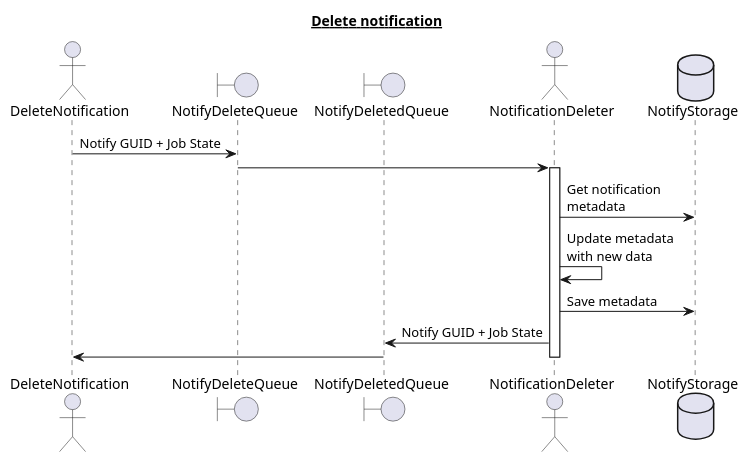
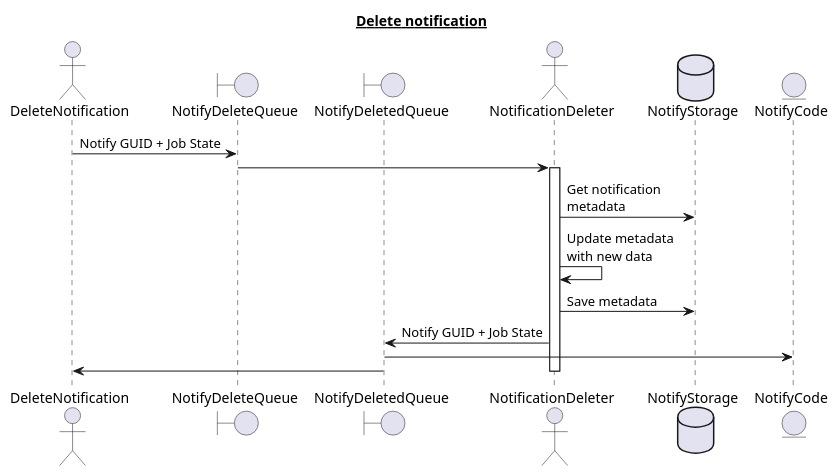
One commit to mvniekerk/tokio-cron-scheduler changed the fourth of 5 diagrams in design.adoc. Above: the diagram before and after it, drawn with PlantUML. The commit also changed other lines of this file and 5 other files, not shown here.

```diff
--- a/design.adoc
+++ b/design.adoc
@@ -189,21 +190,23 @@
 [plantuml, delete_notification_puml, svg]
 ....
 title __Delete notification__
 
 actor       DeleteNotification as deleter
 boundary    NotifyDeleteQueue as notify
 boundary    NotifyDeletedQueue as notified
 actor       NotificationDeleter as delete
 database    NotifyStorage as storage
+entity      NotifyCode as notifyCode
 
 deleter -> notify   : Notify GUID + Job State
 notify -> delete
 activate delete
 delete -> storage   : Get notification\nmetadata
 delete -> delete    : Update metadata\nwith new data
 delete -> storage   : Save metadata
 delete -> notified  : Notify GUID + Job State
+notified -> notifyCode
 notified -> deleter
 
 deactivate delete
 ....
```
